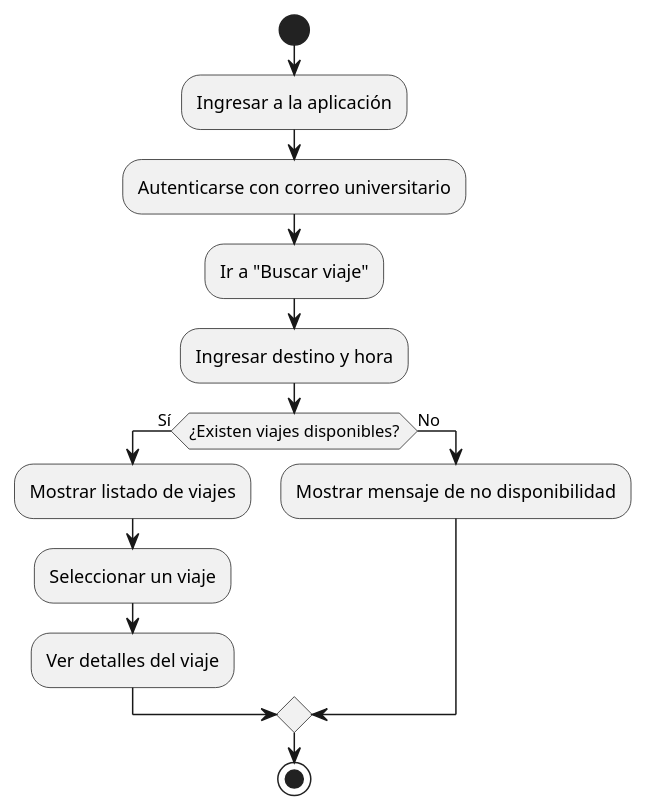
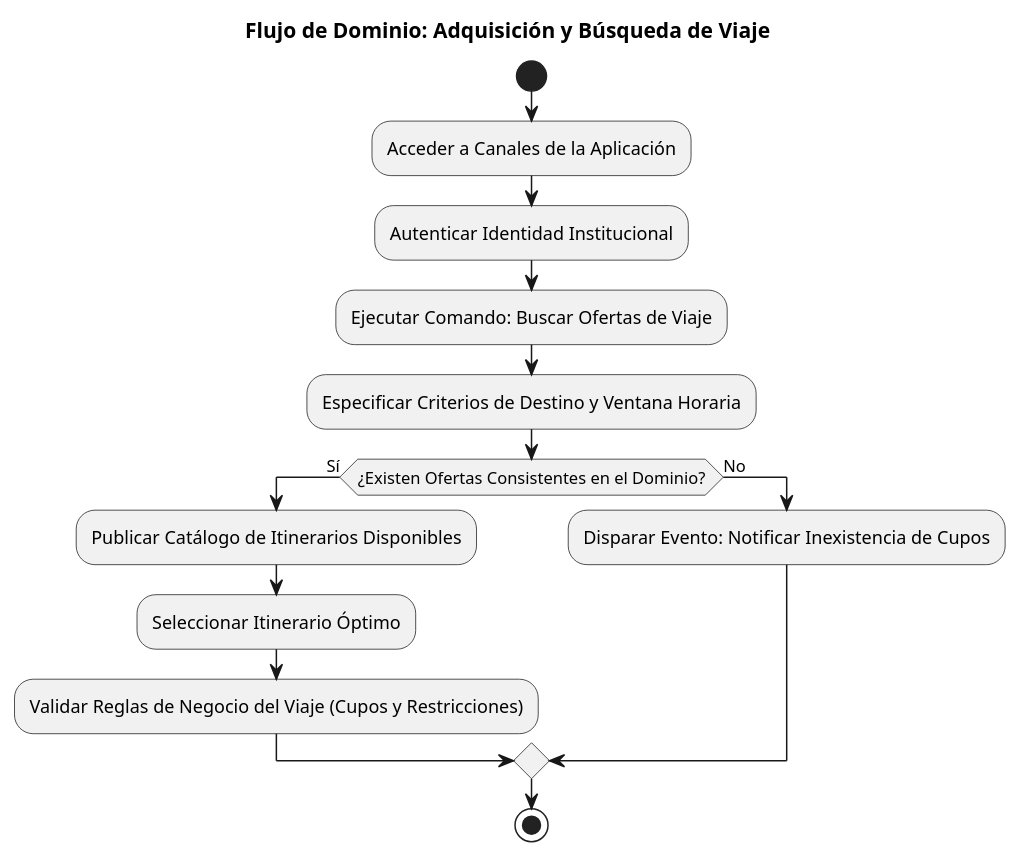
Before and after one commit to Richard-suv/UML-PROYECTO: the diagram in Diagrama2.puml, drawn with PlantUML. The commit also changed 17 other files, not shown here.

```diff
--- a/Diagrama2.puml
+++ b/Diagrama2.puml
@@ -1,17 +1,19 @@
 @startuml
+title Flujo de Dominio: Adquisición y Búsqueda de Viaje
+
 start
-:Ingresar a la aplicación;
-:Autenticarse con correo universitario;
-:Ir a "Buscar viaje";
-:Ingresar destino y hora;
+:Acceder a Canales de la Aplicación;
+:Autenticar Identidad Institucional;
+:Ejecutar Comando: Buscar Ofertas de Viaje;
+:Especificar Criterios de Destino y Ventana Horaria;
 
-if (¿Existen viajes disponibles?) then (Sí)
-  :Mostrar listado de viajes;
-  :Seleccionar un viaje;
-  :Ver detalles del viaje;
+if (¿Existen Ofertas Consistentes en el Dominio?) then (Sí)
+  :Publicar Catálogo de Itinerarios Disponibles;
+  :Seleccionar Itinerario Óptimo;
+  :Validar Reglas de Negocio del Viaje (Cupos y Restricciones);
 else (No)
-  :Mostrar mensaje de no disponibilidad;
+  :Disparar Evento: Notificar Inexistencia de Cupos;
 endif
 
 stop
 @enduml
```
